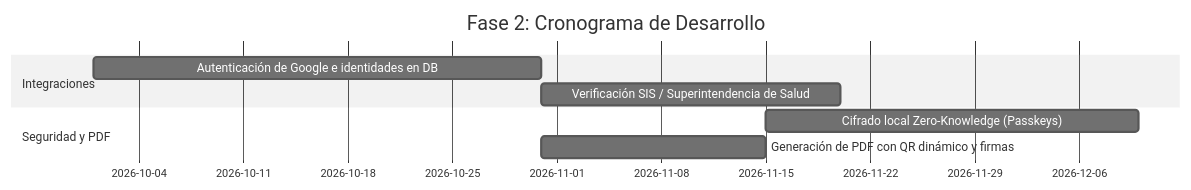
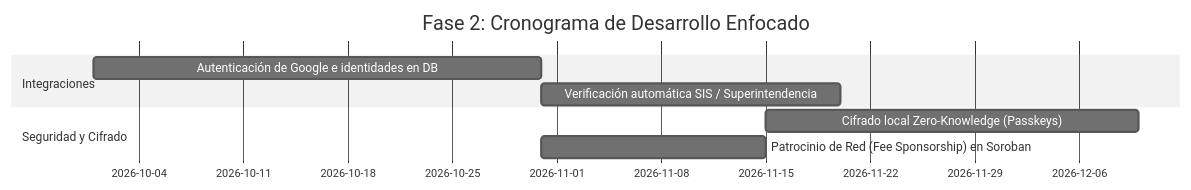
The first of 2 diagrams in ROADMAP.md (CaBsCrypto/Trust-Leaf), drawn with Mermaid (neutral theme) before and after one commit. The commit also changed other lines of this file and 1 other file, not shown here.

Commit message:
docs: add ROADMAP_INSTAAWARDS.md and update general ROADMAP.md

````diff
--- a/ROADMAP.md
+++ b/ROADMAP.md
@@ -35,11 +34,11 @@
 ```mermaid
 gantt
-    title Fase 2: Cronograma de Desarrollo
+    title Fase 2: Cronograma de Desarrollo Enfocado
     dateFormat  YYYY-MM-DD
     section Integraciones
     Autenticación de Google e identidades en DB      :a1, 2026-10-01, 30d
-    Verificación SIS / Superintendencia de Salud    :after a1, 20d
-    section Seguridad y PDF
+    Verificación automática SIS / Superintendencia  :after a1, 20d
+    section Seguridad y Cifrado
     Cifrado local Zero-Knowledge (Passkeys)         :2026-11-15, 25d
-    Generación de PDF con QR dinámico y firmas      :after a1, 15d
+    Patrocinio de Red (Fee Sponsorship) en Soroban   :after a1, 15d
 ```
````
